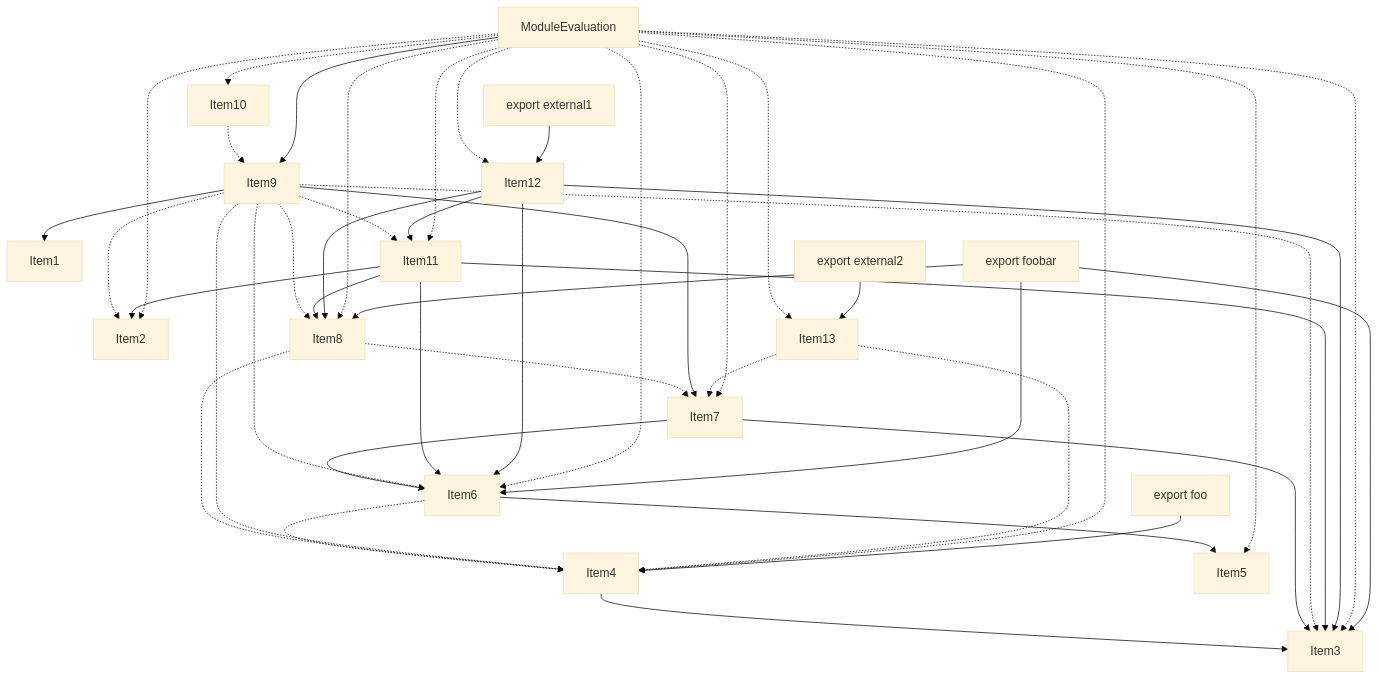
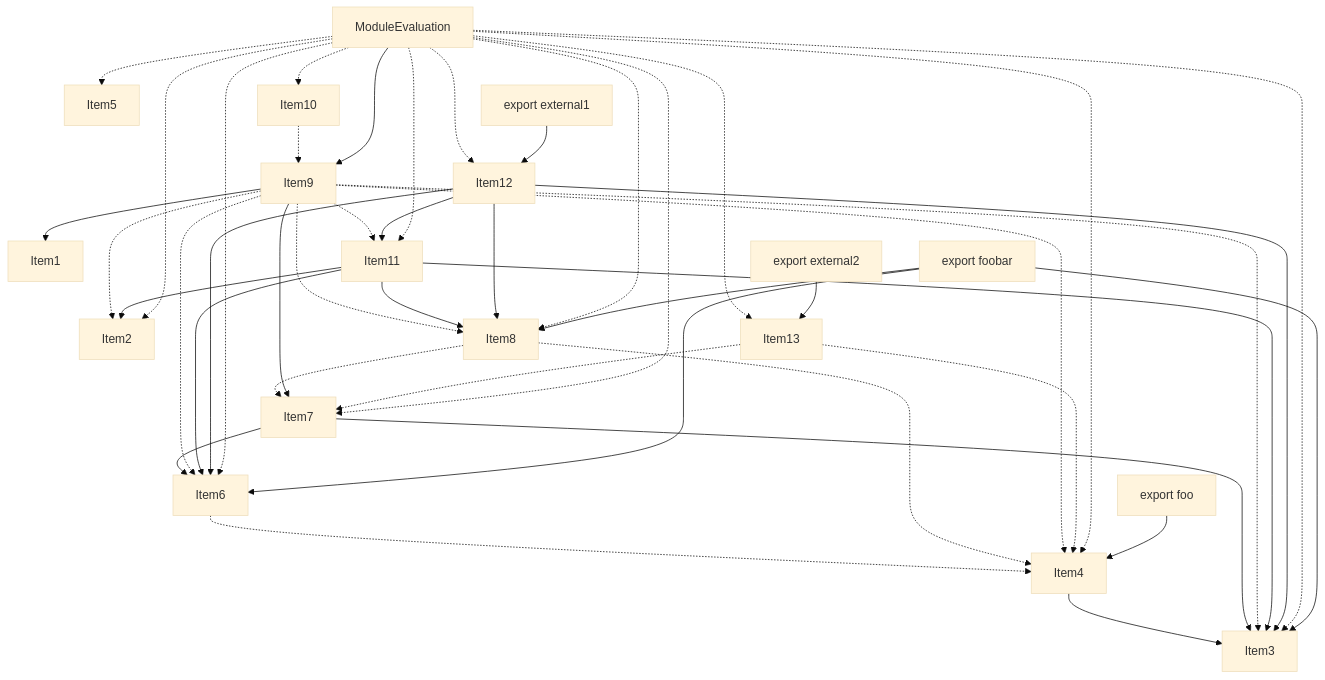
The fourth of 4 diagrams in crates/turbopack-ecmascript/tests/tree-shaker/analyzer/1/output.md (vercel/turborepo), drawn with Mermaid (base theme) before and after one commit. The commit also changed other lines of this file and 1 other file, not shown here.

````diff
--- a/crates/turbopack-ecmascript/tests/tree-shaker/analyzer/1/output.md
+++ b/crates/turbopack-ecmascript/tests/tree-shaker/analyzer/1/output.md
@@ -262,70 +259,69 @@
 ```mermaid
 graph TD
     Item1;
     Item2;
     Item3;
     Item4;
     Item5;
     Item6;
     Item7;
     Item8;
     Item9;
     Item10;
     Item11;
     Item12;
     Item13;
     Item14;
     Item14["ModuleEvaluation"];
     Item15;
     Item15["export foobar"];
     Item16;
     Item16["export foo"];
     Item17;
     Item17["export external1"];
     Item18;
     Item18["export external2"];
     Item4 --> Item3;
-    Item6 --> Item5;
     Item6 -.-> Item4;
     Item7 --> Item3;
     Item7 --> Item6;
     Item8 -.-> Item4;
     Item8 -.-> Item7;
     Item9 --> Item7;
     Item9 --> Item1;
     Item9 -.-> Item2;
     Item9 -.-> Item3;
     Item9 -.-> Item6;
     Item9 -.-> Item8;
     Item9 -.-> Item4;
     Item9 -.-> Item11;
     Item10 -.-> Item9;
     Item11 --> Item2;
     Item11 --> Item3;
     Item11 --> Item6;
     Item11 --> Item8;
     Item12 --> Item11;
     Item12 --> Item3;
     Item12 --> Item6;
     Item12 --> Item8;
     Item13 -.-> Item4;
     Item13 -.-> Item7;
     Item14 --> Item9;
     Item14 -.-> Item12;
     Item14 -.-> Item2;
     Item14 -.-> Item3;
     Item14 -.-> Item6;
     Item14 -.-> Item8;
     Item14 -.-> Item4;
     Item14 -.-> Item7;
     Item14 -.-> Item5;
     Item14 -.-> Item10;
     Item14 -.-> Item11;
     Item14 -.-> Item13;
     Item15 --> Item3;
     Item15 --> Item6;
     Item15 --> Item8;
     Item16 --> Item4;
     Item17 --> Item12;
     Item18 --> Item13;
 ```
````
